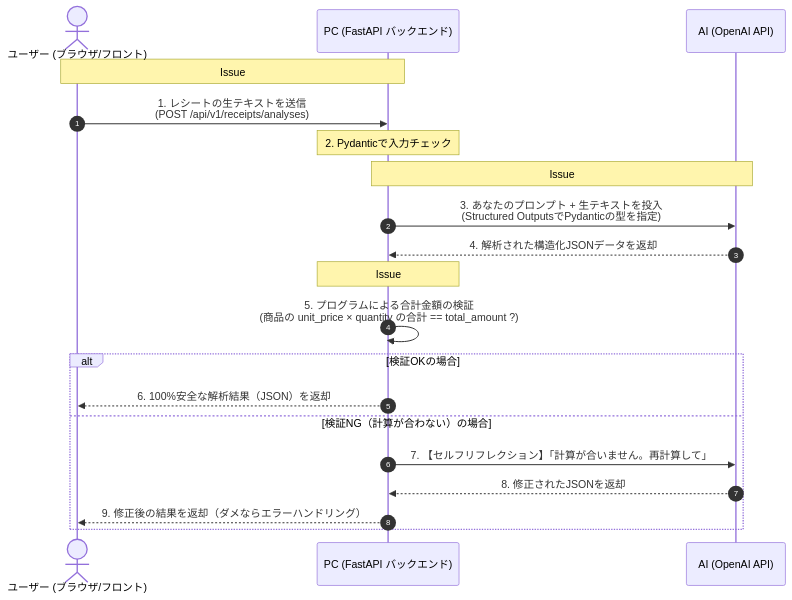
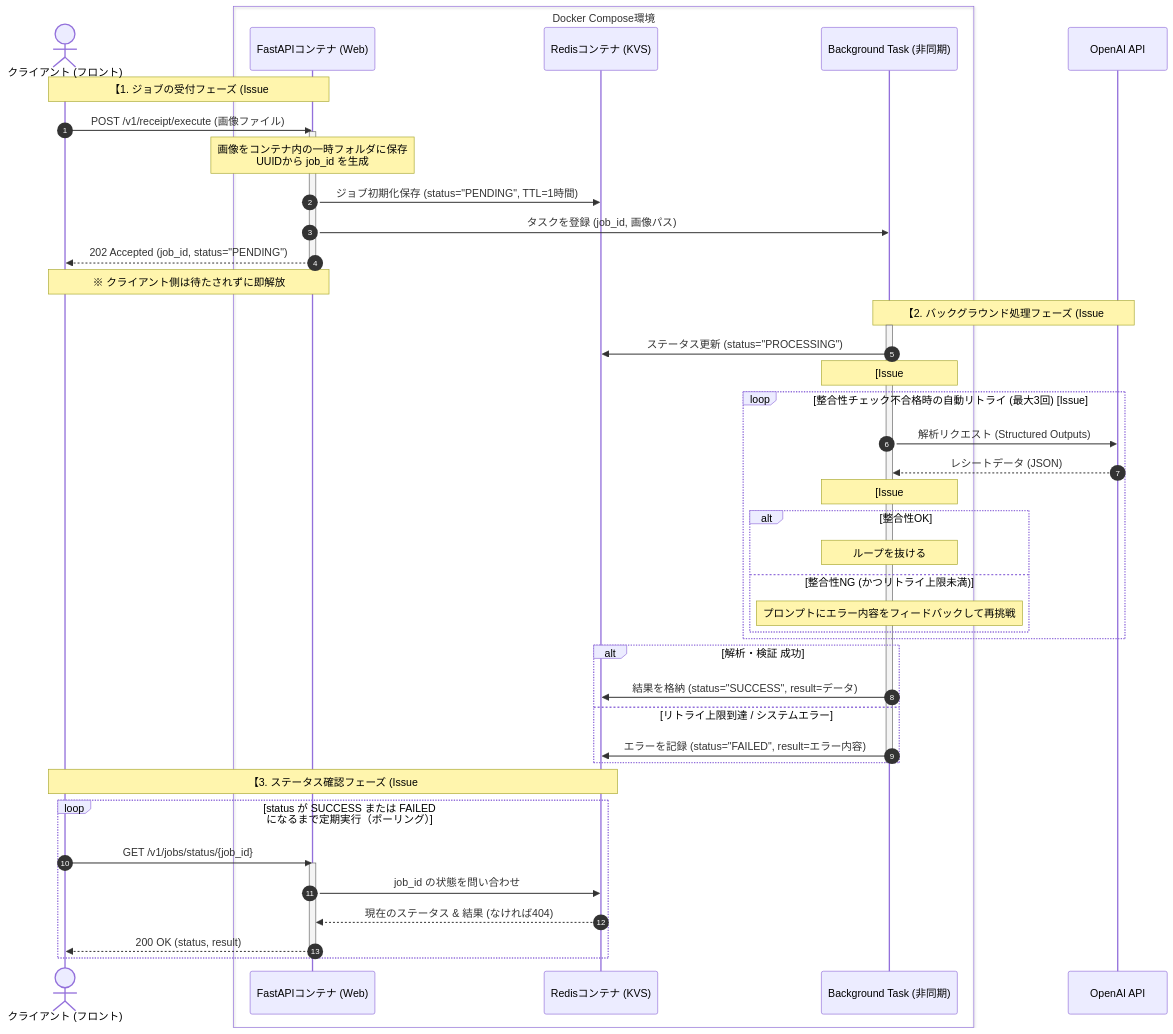
The diagram in README.md (mizuki793/sample-receipt-digitization), drawn with Mermaid before and after one commit. The commit also changed other lines of this file and 2 other files, not shown here.

````diff
--- a/README.md
+++ b/README.md
@@ -6,27 +6,58 @@
   ```mermaid
   sequenceDiagram
     autonumber
-    actor User as ユーザー (ブラウザ/フロント)
-    participant API as PC (FastAPI バックエンド)
-    participant LLM as AI (OpenAI API)
+    actor Client as クライアント (フロント)
+    box Docker Compose環境
+        participant API as FastAPIコンテナ (Web)
+        participant Redis as Redisコンテナ (KVS)
+        participant Task as Background Task (非同期)
+    end
+    participant LLM as OpenAI API
 
-    Note over User, API: Issue#1〜#3 の範囲
-    User->>API: 1. レシートの生テキストを送信<br/>(POST /api/v1/receipts/analyses)
+    %% ーーー 1. ジョブの受付フェーズ ーーー
+    Note over Client, API: 【1. ジョブの受付フェーズ (Issue #1, #2)】
+    Client->>API: POST /v1/receipt/execute (画像ファイル)
+    activate API
+    Note over API: 画像をコンテナ内の一時フォルダに保存<br/>UUIDから job_id を生成
+    API->>Redis: ジョブ初期化保存 (status="PENDING", TTL=1時間)
+    API->>Task: タスクを登録 (job_id, 画像パス)
+    API-->>Client: 202 Accepted (job_id, status="PENDING")
+    deactivate API
+    Note over Client, API: ※ クライアント側は待たされずに即解放
+
+    %% ーーー 2. バックグラウンド処理フェーズ ーーー
+    Note over Task, LLM: 【2. バックグラウンド処理フェーズ (Issue #3 ~ #5)】
+    activate Task
+    Task->>Redis: ステータス更新 (status="PROCESSING")
     
-    Note over API: 2. Pydanticで入力チェック
+    Note over Task: [Issue #4] コード内の擬似テキストで検証<br/>[Issue #5] 保存された本物画像を読み込み
     
-    Note over API, LLM: Issue #4 の範囲
-    API->>LLM: 3. あなたのプロンプト + 生テキストを投入<br/>(Structured OutputsでPydanticの型を指定)
-    LLM-->>API: 4. 解析された構造化JSONデータを返却
-    
-    Note over API: Issue #5 の範囲
-    API->>API: 5. プログラムによる合計金額の検証<br/>(商品の unit_price × quantity の合計 == total_amount ?)
-    
-    ALT 検証OKの場合
-        API-->>User: 6. 100%安全な解析結果（JSON）を返却
-    ELSE 検証NG（計算が合わない）の場合
-        API->>LLM: 7. 【セルフリフレクション】「計算が合いません。再計算して」
-        LLM-->>API: 8. 修正されたJSONを返却
-        API-->>User: 9. 修正後の結果を返却（ダメならエラーハンドリング）
-    END
+    loop 整合性チェック不合格時の自動リトライ (最大3回) [Issue #5]
+        Task->>LLM: 解析リクエスト (Structured Outputs)
+        LLM-->>Task: レシートデータ (JSON)
+        Note over Task: [Issue #3] 総額整合性チェック<br/>𝝨(各品目) == 請求総額
+        alt 整合性OK
+            Note over Task: ループを抜ける
+        else 整合性NG (かつリトライ上限未満)
+            Note over Task: プロンプトにエラー内容をフィードバックして再挑戦
+        end
+    end
+
+    alt 解析・検証 成功
+        Task->>Redis: 結果を格納 (status="SUCCESS", result=データ)
+    else リトライ上限到達 / システムエラー
+        Task->>Redis: エラーを記録 (status="FAILED", result=エラー内容)
+    end
+    deactivate Task
+
+    %% ーーー 3. ステータス確認フェーズ ーーー
+    Note over Client, Redis: 【3. ステータス確認フェーズ (Issue #2)】
+    loop status が SUCCESS または FAILED になるまで定期実行（ポーリング）
+        Client->>API: GET /v1/jobs/status/{job_id}
+        activate API
+        API->>Redis: job_id の状態を問い合わせ
+        Redis-->>API: 現在のステータス & 結果 (なければ404)
+        API-->>Client: 200 OK (status, result)
+        deactivate API
+    end
   ```
````
